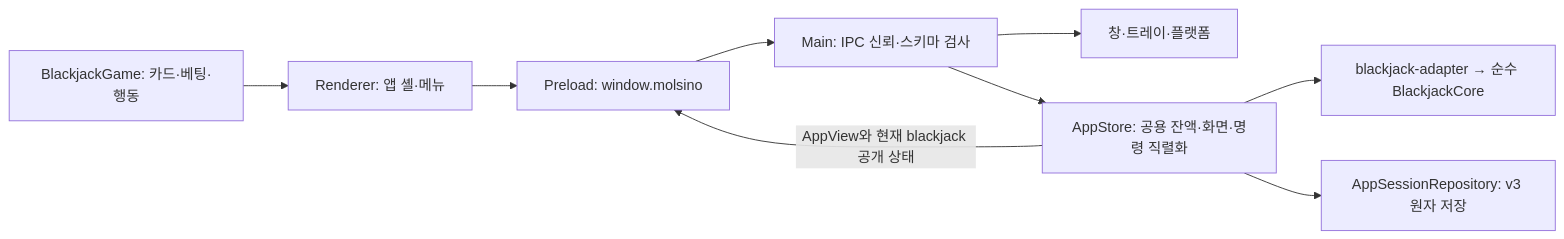
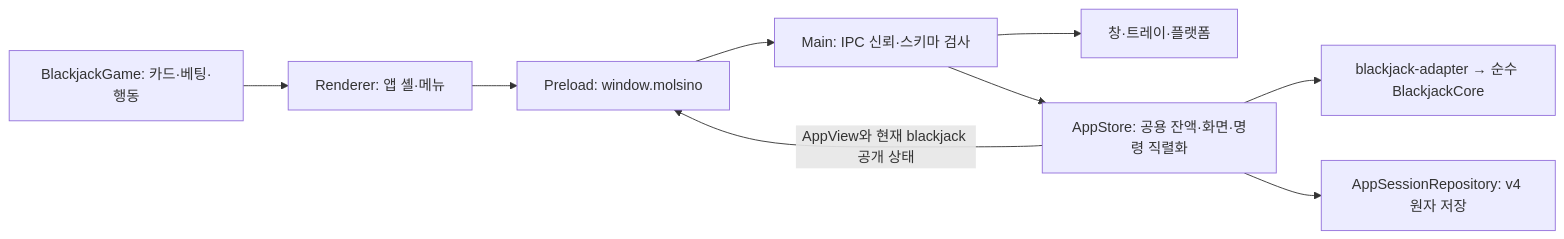
The diagram in docs/main/technical-design.md (wooing1084/molsino), drawn with Mermaid before and after one commit. The commit also changed other lines of this file and 36 other files, not shown here.

````diff
--- a/docs/main/technical-design.md
+++ b/docs/main/technical-design.md
@@ -71,11 +71,11 @@
 ```mermaid
 flowchart LR
     R[Renderer: 앱 셸·메뉴] --> P[Preload: window.molsino]
     B[BlackjackGame: 카드·베팅·행동] --> R
     P --> I[Main: IPC 신뢰·스키마 검사]
     I --> W[창·트레이·플랫폼]
     I --> A[AppStore: 공용 잔액·화면·명령 직렬화]
     A --> C[blackjack-adapter → 순수 BlackjackCore]
-    A --> S[AppSessionRepository: v3 원자 저장]
+    A --> S[AppSessionRepository: v4 원자 저장]
     A -->|AppView와 현재 blackjack 공개 상태| P
 ```
````
